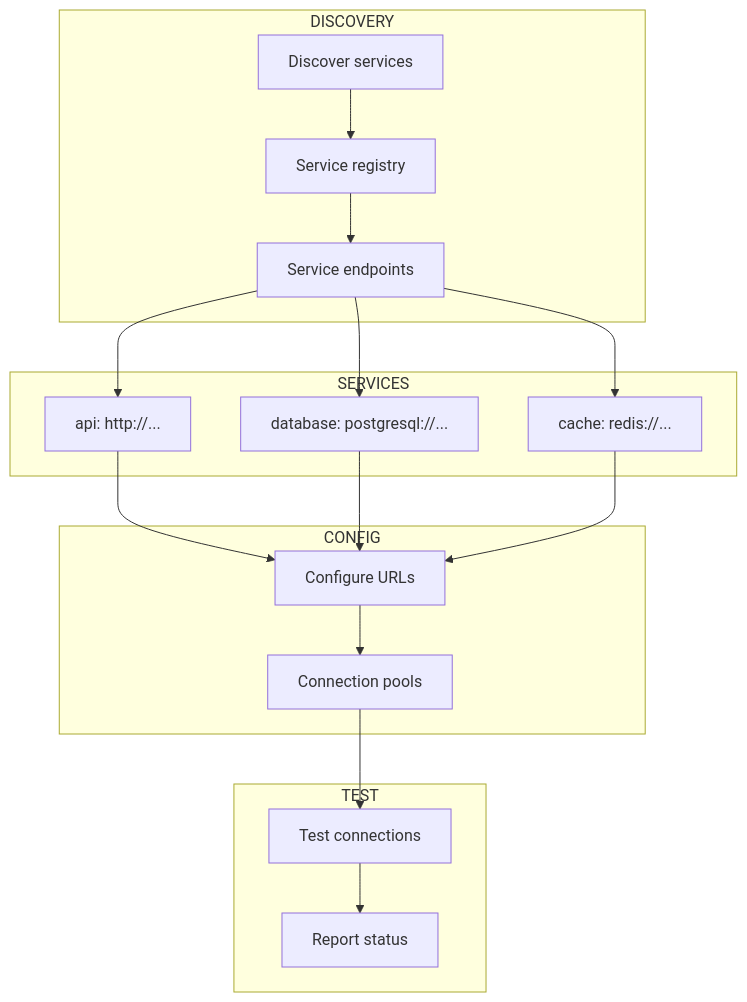
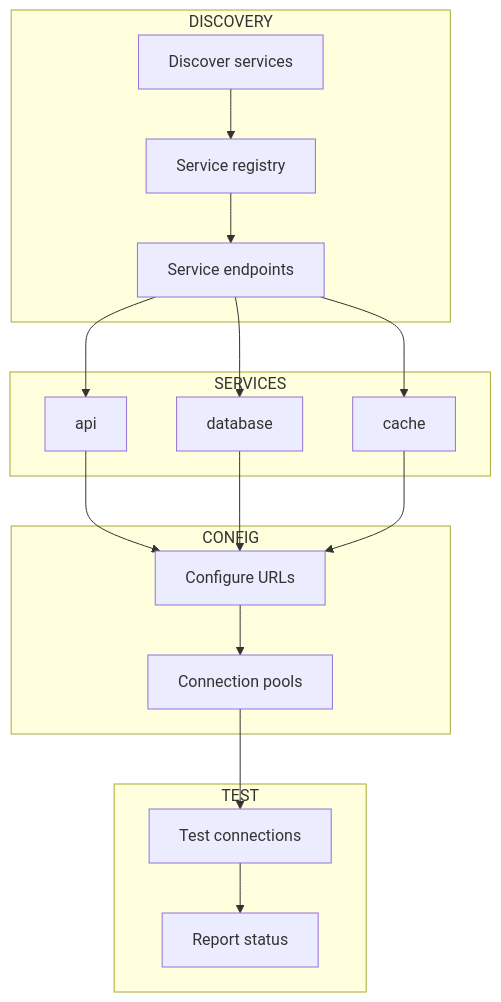
Before and after one commit to wisrovi/wpipe: the third of 5 diagrams in examples/api_pipeline/15_service_discovery/README.md, drawn with Mermaid. The commit also changed 8 other files, not shown here.

First line of the commit message:
Fix README files: English text and Mermaid diagrams

````diff
--- a/examples/api_pipeline/15_service_discovery/README.md
+++ b/examples/api_pipeline/15_service_discovery/README.md
@@ -39,28 +39,36 @@
 ```mermaid
 graph TB
     subgraph DISCOVERY
         D1[Discover services]
         D2[Service registry]
         D3[Service endpoints]
     end
     
     subgraph SERVICES
-        S1[api: http://...]
-        S2[database: postgresql://...]
-        S3[cache: redis://...]
+        S1[api]
+        S2[database]
+        S3[cache]
     end
     
     subgraph CONFIG
         C1[Configure URLs]
         C2[Connection pools]
     end
     
     subgraph TEST
         T1[Test connections]
         T2[Report status]
     end
     
-    D1 --> D2 --> D3
-    D3 --> S1 & S2 & S3
-    S1 & S2 & S3 --> C1 --> C2 --> T1 --> T2
+    D1 --> D2
+    D2 --> D3
+    D3 --> S1
+    D3 --> S2
+    D3 --> S3
+    S1 --> C1
+    S2 --> C1
+    S3 --> C1
+    C1 --> C2
+    C2 --> T1
+    T1 --> T2
 ```
````
